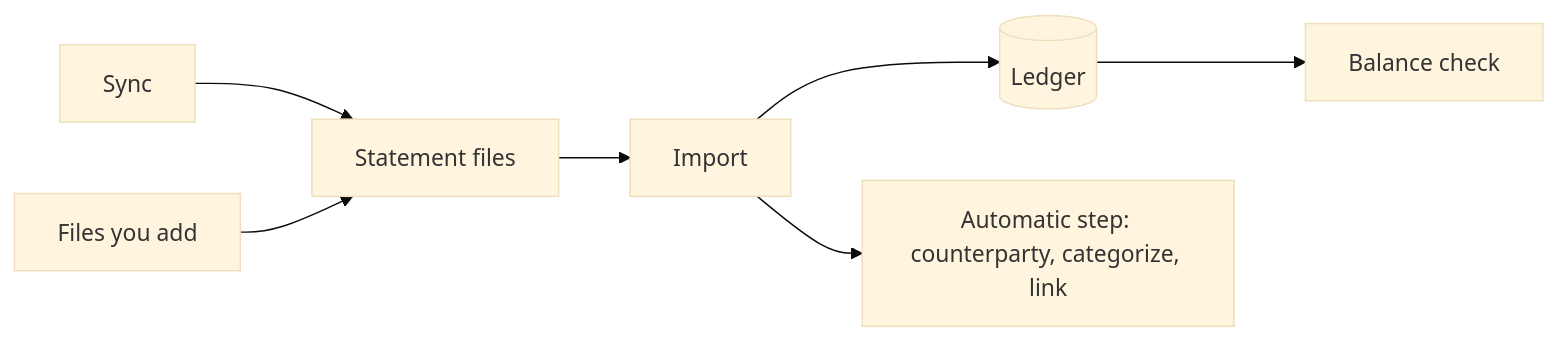
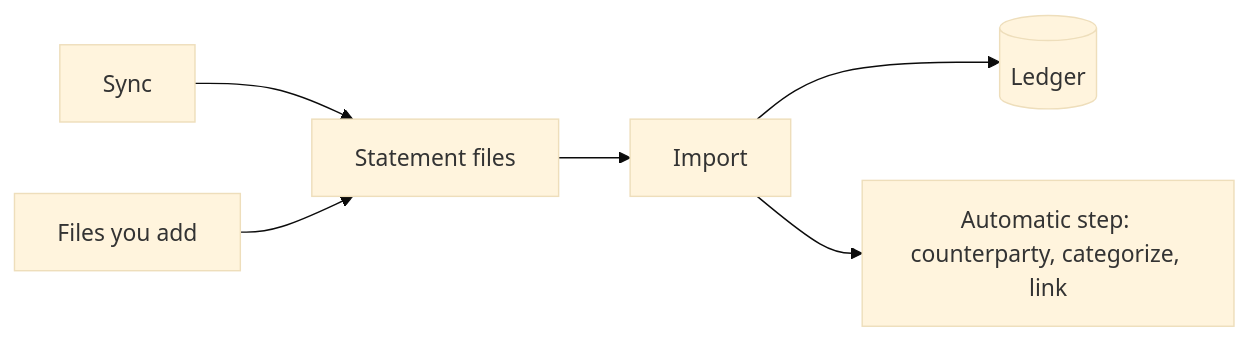
Before and after one commit to spinningyoyo/omsync: the first of 2 diagrams in docs/architecture/import.md, drawn with Mermaid (base theme). The commit also changed other lines of this file and 337 other files, not shown here.

````diff
--- a/docs/architecture/import.md
+++ b/docs/architecture/import.md
@@ -10,9 +10,8 @@
 ```mermaid
 flowchart LR
     Sync[Sync] --> Files[Statement files]
     You[Files you add] --> Files
     Files --> Import
     Import --> Ledger[(Ledger)]
     Import --> Auto[Automatic step: counterparty, categorize, link]
-    Ledger --> Check[Balance check]
 ```
````
